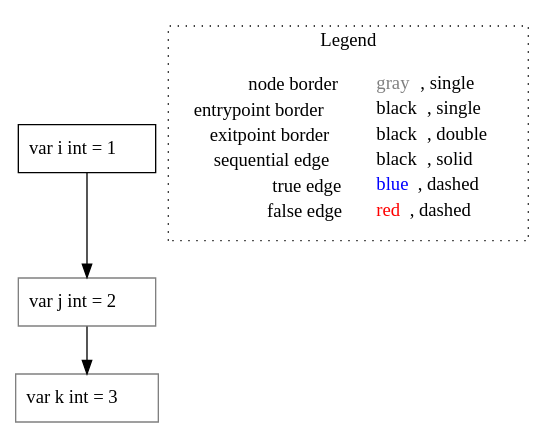
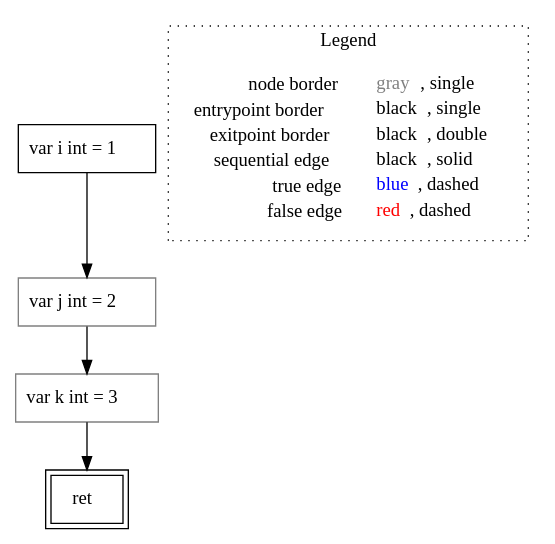
Before and after one commit to lisa-analyzer/go-lisa: the diagram in go-lisa/go-testcases/cfg/decl/untyped_~LiSAProgram.multDecl().dot, drawn with Graphviz. The commit also changed 86 other files, not shown here.

```diff
--- a/go-lisa/go-testcases/cfg/decl/untyped_~LiSAProgram.multDecl().dot
+++ b/go-lisa/go-testcases/cfg/decl/untyped_~LiSAProgram.multDecl().dot
@@ -1,14 +1,16 @@
 digraph {
 	"node0" [shape="rect",color="black",label=<var i int = 1>];
-	"node1" [shape="rect",color="gray",label=<var j int = 2>];
+	"node1" [shape="rect",color="black",peripheries="2",label=<ret>];
 	"node2" [shape="rect",color="gray",label=<var k int = 3>];
-	"node0" -> "node1" [color="black"];
-	"node1" -> "node2" [color="black"];
+	"node3" [shape="rect",color="gray",label=<var j int = 2>];
+	"node0" -> "node3" [color="black"];
+	"node2" -> "node1" [color="black"];
+	"node3" -> "node2" [color="black"];
 subgraph cluster_legend {
 	label="Legend";
 	style=dotted;
 	node [shape=plaintext];
 	"legend" [label=<<table border="0" cellpadding="2" cellspacing="0" cellborder="0"><tr><td align="right">node border&nbsp;</td><td align="left"><font color="gray">gray</font>, single</td></tr><tr><td align="right">entrypoint border&nbsp;</td><td align="left"><font color="black">black</font>, single</td></tr><tr><td align="right">exitpoint border&nbsp;</td><td align="left"><font color="black">black</font>, double</td></tr><tr><td align="right">sequential edge&nbsp;</td><td align="left"><font color="black">black</font>, solid</td></tr><tr><td align="right">true edge&nbsp;</td><td align="left"><font color="blue">blue</font>, dashed</td></tr><tr><td align="right">false edge&nbsp;</td><td align="left"><font color="red">red</font>, dashed</td></tr></table>>];
 }
 
 }
```
